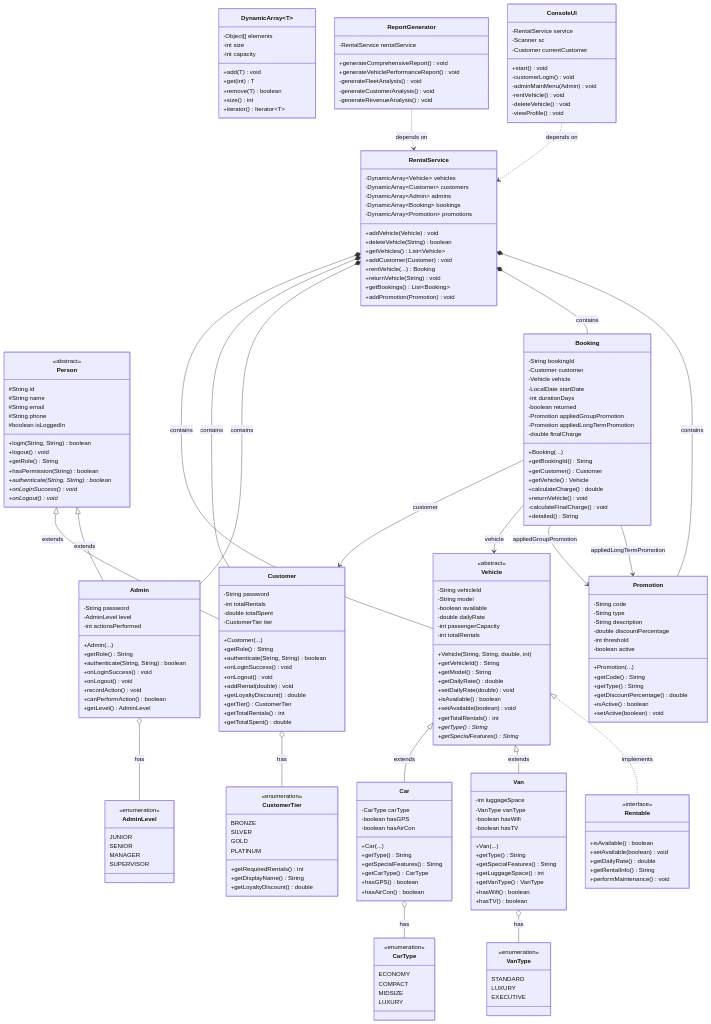
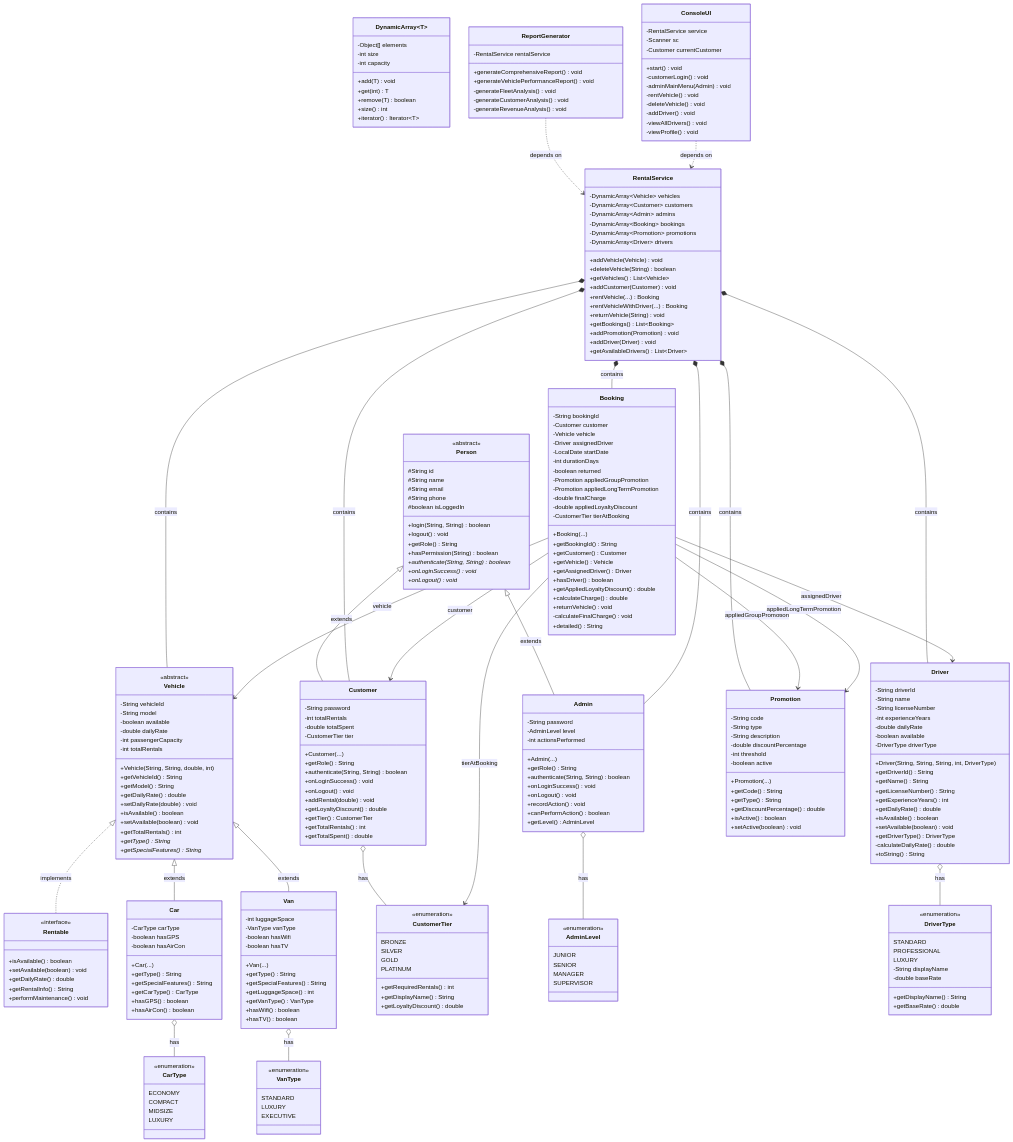
One commit to taneason/app changed the diagram in rental_system_mermaid.md. Above: the diagram before and after it, drawn with Mermaid. The commit also changed 13 other files, not shown here.

```diff
--- a/rental_system_mermaid.md
+++ b/rental_system_mermaid.md
@@ -140,21 +140,60 @@
         EXECUTIVE
     }
 
+    %% Driver service classes
+    class Driver {
+        -String driverId
+        -String name
+        -String licenseNumber
+        -int experienceYears
+        -double dailyRate
+        -boolean available
+        -DriverType driverType
+        +Driver(String, String, String, int, DriverType)
+        +getDriverId() String
+        +getName() String
+        +getLicenseNumber() String
+        +getExperienceYears() int
+        +getDailyRate() double
+        +isAvailable() boolean
+        +setAvailable(boolean) void
+        +getDriverType() DriverType
+        -calculateDailyRate() double
+        +toString() String
+    }
+
+    class DriverType {
+        <<enumeration>>
+        STANDARD
+        PROFESSIONAL
+        LUXURY
+        -String displayName
+        -double baseRate
+        +getDisplayName() String
+        +getBaseRate() double
+    }
+
     %% Core business classes
     class Booking {
         -String bookingId
         -Customer customer
         -Vehicle vehicle
+        -Driver assignedDriver
         -LocalDate startDate
         -int durationDays
         -boolean returned
         -Promotion appliedGroupPromotion
         -Promotion appliedLongTermPromotion
         -double finalCharge
+        -double appliedLoyaltyDiscount
+        -CustomerTier tierAtBooking
         +Booking(...)
         +getBookingId() String
         +getCustomer() Customer
         +getVehicle() Vehicle
+        +getAssignedDriver() Driver
+        +hasDriver() boolean
+        +getAppliedLoyaltyDiscount() double
         +calculateCharge() double
         +returnVehicle() void
         -calculateFinalCharge() void
@@ -183,14 +222,18 @@
         -DynamicArray~Admin~ admins
         -DynamicArray~Booking~ bookings
         -DynamicArray~Promotion~ promotions
+        -DynamicArray~Driver~ drivers
         +addVehicle(Vehicle) void
         +deleteVehicle(String) boolean
         +getVehicles() List~Vehicle~
         +addCustomer(Customer) void
         +rentVehicle(...) Booking
+        +rentVehicleWithDriver(...) Booking
         +returnVehicle(String) void
         +getBookings() List~Booking~
         +addPromotion(Promotion) void
+        +addDriver(Driver) void
+        +getAvailableDrivers() List~Driver~
     }
 
     class DynamicArray~T~ {
@@ -222,6 +265,8 @@
         -adminMainMenu(Admin) void
         -rentVehicle() void
         -deleteVehicle() void
+        -addDriver() void
+        -viewAllDrivers() void
         -viewProfile() void
     }
 
@@ -241,6 +286,7 @@
     Admin o-- AdminLevel : has
     Car o-- CarType : has
     Van o-- VanType : has
+    Driver o-- DriverType : has
 
     %% Composition (part cannot exist without whole) - *--
     RentalService *-- Vehicle : contains
@@ -248,10 +294,13 @@
     RentalService *-- Admin : contains
     RentalService *-- Booking : contains
     RentalService *-- Promotion : contains
+    RentalService *-- Driver : contains
 
     %% Association (uses/references) - -->
     Booking --> Customer : customer
     Booking --> Vehicle : vehicle
+    Booking --> Driver : assignedDriver
+    Booking --> CustomerTier : tierAtBooking
     Booking --> Promotion : appliedGroupPromotion
     Booking --> Promotion : appliedLongTermPromotion
 
```
